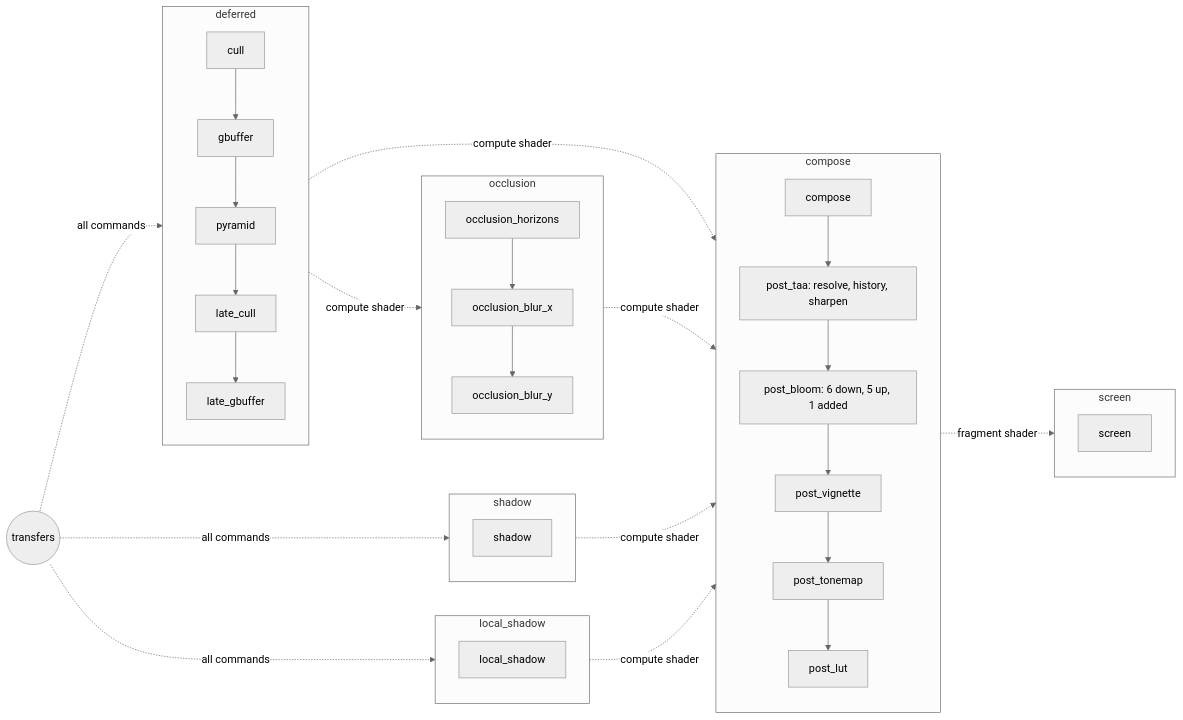
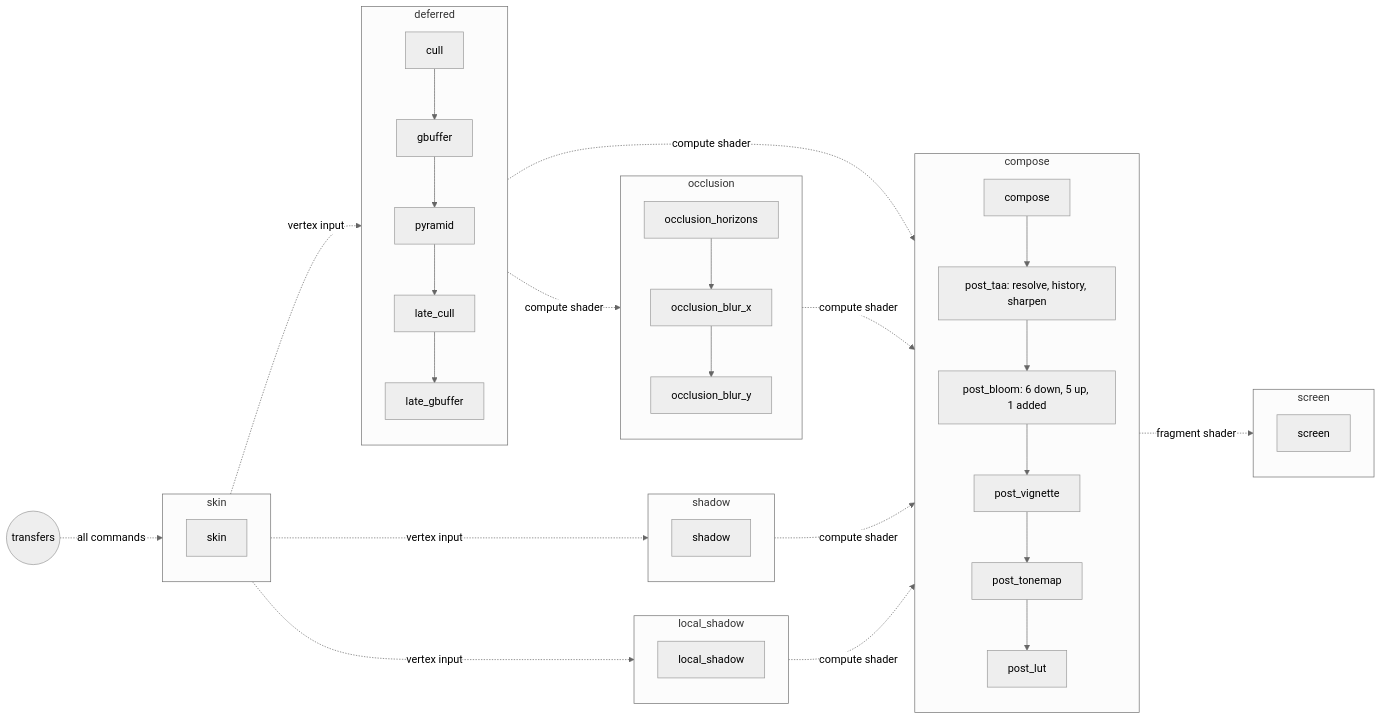
One commit to Kag-k-thun/Balder changed the diagram in doc/render-graph.md. Above: the diagram before and after it, drawn with Mermaid (neutral theme). The commit also changed other lines of this file, not shown here.

Commit message:
[BAL-154][scene] docs: describe the skinning of the meshes, their shaders, the skin pass and their bounds

````diff
--- a/doc/render-graph.md
+++ b/doc/render-graph.md
@@ -134,31 +135,35 @@
 ```mermaid
 flowchart LR
     transfers((transfers))
+    subgraph skin
+        skin_pass[skin]
+    end
     subgraph deferred
         cull --> gbuffer --> pyramid --> late_cull --> late_gbuffer
     end
     subgraph shadow
         shadow_map[shadow]
     end
     subgraph local_shadow
         local_shadow_map[local_shadow]
     end
     subgraph occlusion
         horizons[occlusion_horizons] --> blur_x[occlusion_blur_x] --> blur_y[occlusion_blur_y]
     end
     subgraph compose
         composition[compose] --> taa[post_taa: resolve, history, sharpen] --> bloom[post_bloom: 6 down, 5 up, 1 added] --> vignette[post_vignette] --> tonemap[post_tonemap] --> lut[post_lut]
     end
     subgraph screen
         widgets[screen]
     end
-    transfers -. all commands .-> deferred
-    transfers -. all commands .-> shadow
-    transfers -. all commands .-> local_shadow
+    transfers -. all commands .-> skin
+    skin -. vertex input .-> deferred
+    skin -. vertex input .-> shadow
+    skin -. vertex input .-> local_shadow
     deferred -. compute shader .-> occlusion
     deferred -. compute shader .-> compose
     occlusion -. compute shader .-> compose
     shadow -. compute shader .-> compose
     local_shadow -. compute shader .-> compose
     compose -. fragment shader .-> screen
 ```
````
